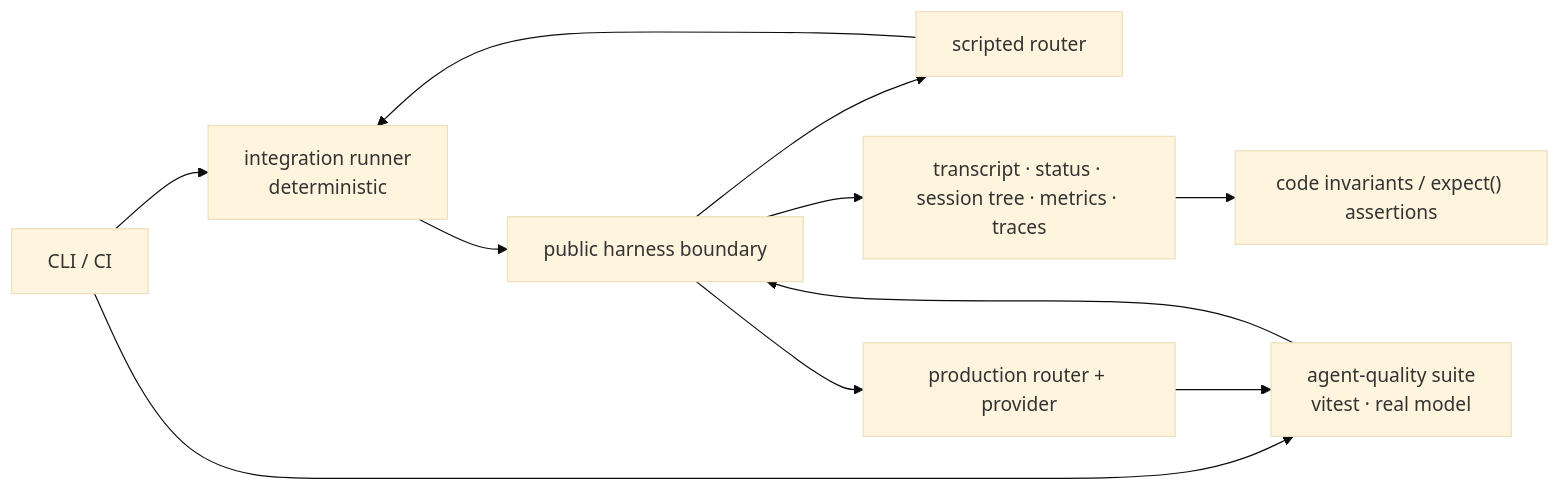
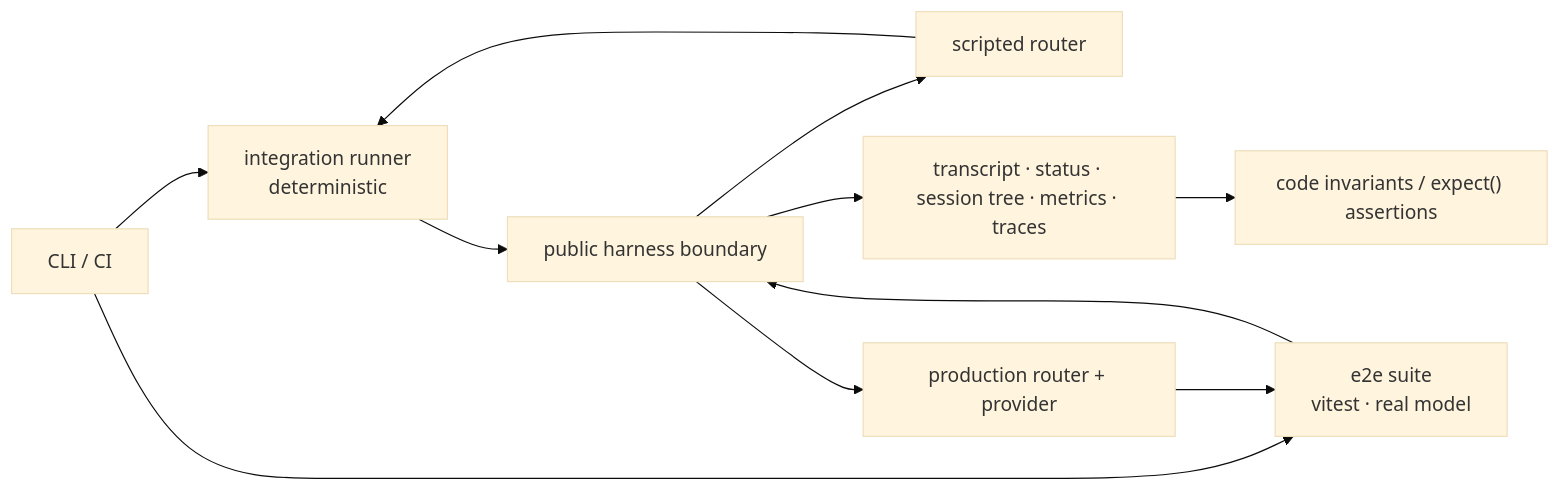
The diagram in tech-specs/2026-07-15-harness-evaluation/README.md (iii-hq/iii), drawn with Mermaid (base theme) before and after one commit. The commit also changed other lines of this file and 2 other files, not shown here.

Commit message:
docs: revise harness evaluation to version 1 gates and rename tracks to integration/e2e tests

````diff
--- a/tech-specs/2026-07-15-harness-evaluation/README.md
+++ b/tech-specs/2026-07-15-harness-evaluation/README.md
@@ -30,22 +22,22 @@
 ```mermaid
 flowchart LR
   ci["CLI / CI"]
-  integration["integration runner\ndeterministic"]
-  quality["agent-quality suite\nvitest · real model"]
+  integration["integration runner<br/>deterministic"]
+  quality["e2e suite<br/>vitest · real model"]
   harness["public harness boundary"]
   scripted["scripted router"]
   provider["production router + provider"]
   evidence["transcript · status · session tree · metrics · traces"]
   grader["code invariants / expect() assertions"]
 
   ci --> integration
   ci --> quality
   integration --> harness
   quality --> harness
   harness --> scripted
   harness --> provider
   harness --> evidence
   scripted --> integration
   provider --> quality
   evidence --> grader
 ```
````
